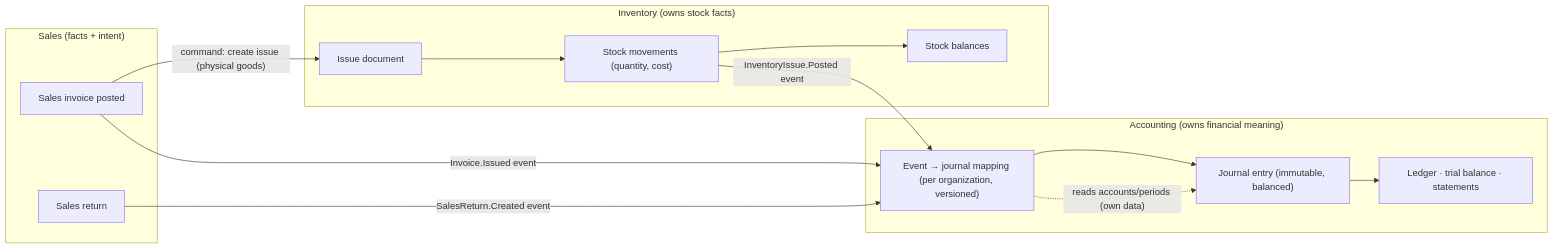
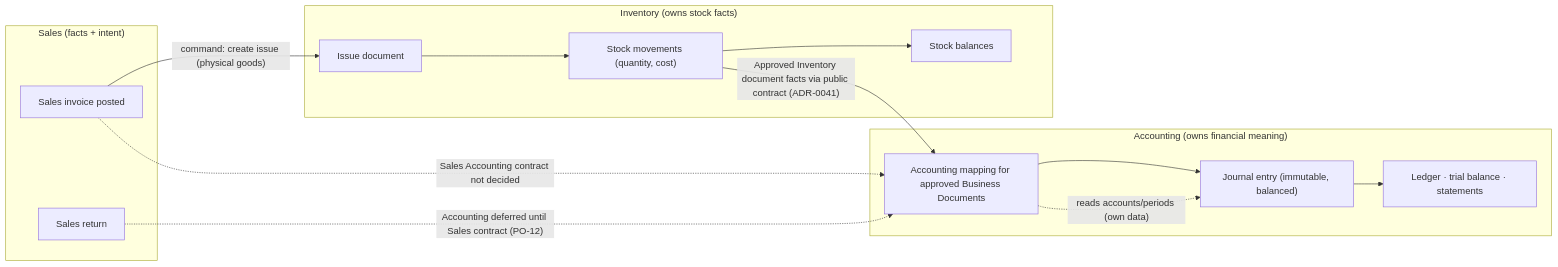
One commit to MR-AliEsmaeili/Vardena changed the diagram in docs/architecture/domain/accounting-domain-analysis.md. Above: the diagram before and after it, drawn with Mermaid. The commit also changed other lines of this file and 31 other files, not shown here.

Commit message:
docs: record approved inventory-accounting decisions (C-61)

````diff
--- a/docs/architecture/domain/accounting-domain-analysis.md
+++ b/docs/architecture/domain/accounting-domain-analysis.md
@@ -139,29 +154,29 @@
 ```mermaid
 flowchart LR
   subgraph Selling["Sales (facts + intent)"]
     INVX["Sales invoice posted"]
     RETX["Sales return"]
   end
 
   subgraph Stock["Inventory (owns stock facts)"]
     ISSUE["Issue document"]
     MOV["Stock movements (quantity, cost)"]
     BAL["Stock balances"]
   end
 
   subgraph Books["Accounting (owns financial meaning)"]
-    MAP["Event → journal mapping (per organization, versioned)"]
+    MAP["Accounting mapping for approved Business Documents"]
     JRN["Journal entry (immutable, balanced)"]
     REP["Ledger · trial balance · statements"]
   end
 
   INVX -->|"command: create issue (physical goods)"| ISSUE
   ISSUE --> MOV
   MOV --> BAL
-  MOV -->|"InventoryIssue.Posted event"| MAP
-  INVX -->|"Invoice.Issued event"| MAP
-  RETX -->|"SalesReturn.Created event"| MAP
+  MOV -->|"Approved Inventory document facts via public contract (ADR-0041)"| MAP
+  INVX -.->|"Sales Accounting contract not decided"| MAP
+  RETX -.->|"Accounting deferred until Sales contract (PO-12)"| MAP
   MAP --> JRN --> REP
 
   MAP -.->|"reads accounts/periods (own data)"| JRN
 ```
````
